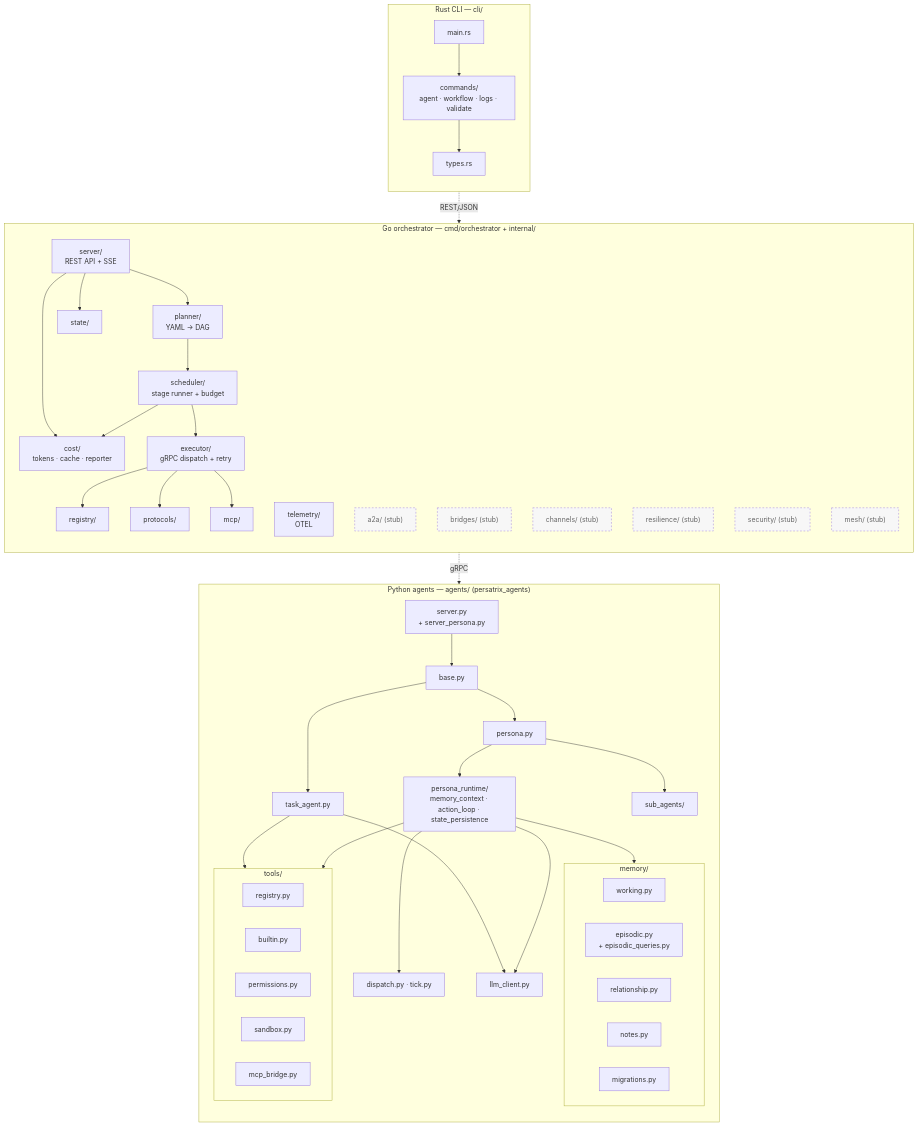
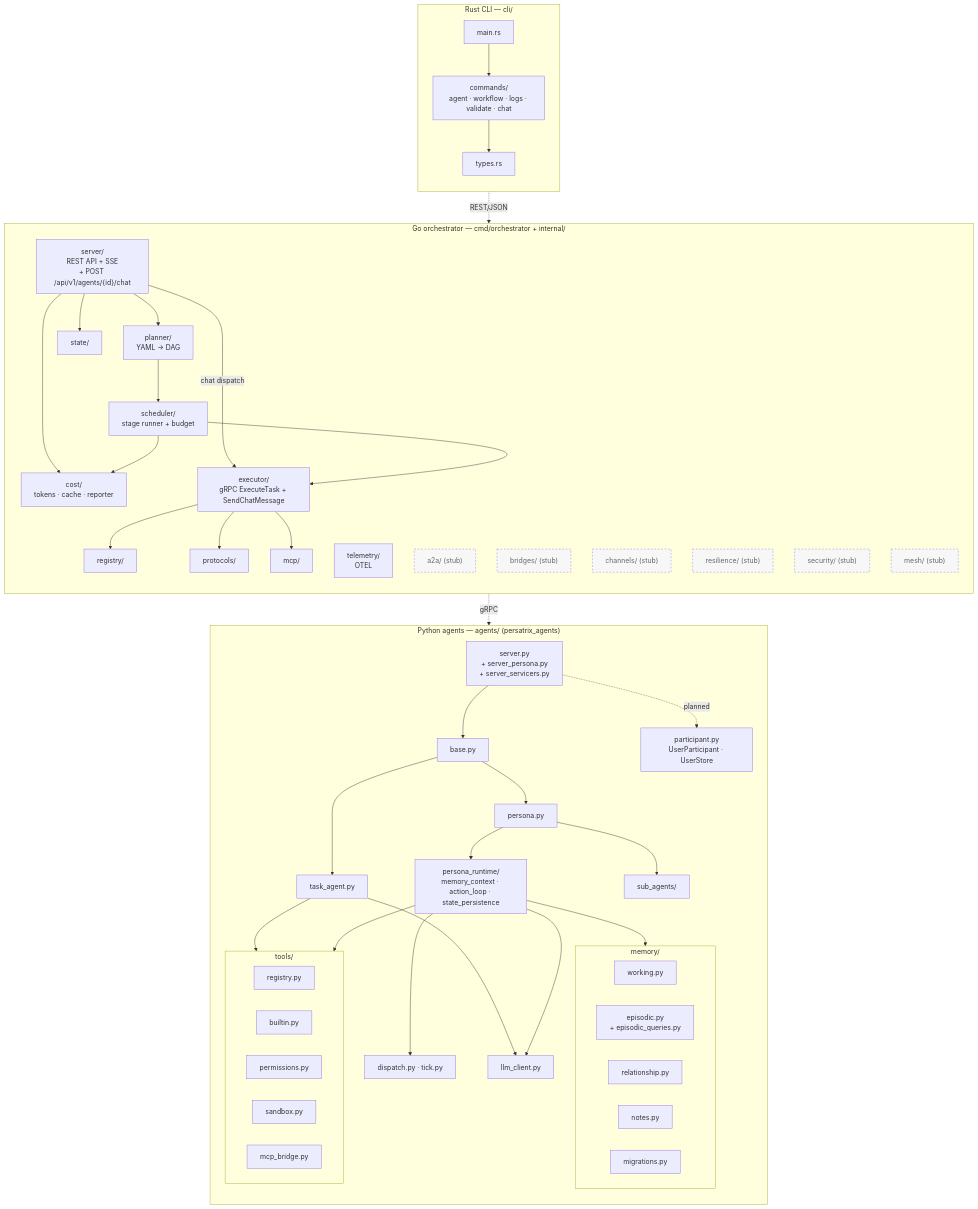
Before and after one commit to mkhomutov/Persatrix: the diagram in docs/diagrams/component-architecture.md, drawn with Mermaid. The commit also changed other lines of this file and 3 other files, not shown here.

First line of the commit message:
docs(diagrams): architecture diagram refresh for v0.2.1 chat surface (#132)

```diff
--- a/docs/diagrams/component-architecture.md
+++ b/docs/diagrams/component-architecture.md
@@ -9,7 +9,7 @@
     subgraph Rust["Rust CLI — cli/"]
         direction TB
         MAIN["main.rs"]
-        CMD["commands/<br/>agent · workflow · logs · validate"]
+        CMD["commands/<br/>agent · workflow · logs · validate · chat"]
         TYPES["types.rs"]
         MAIN --> CMD
         CMD --> TYPES
@@ -17,10 +17,10 @@
 
     subgraph Go["Go orchestrator — cmd/orchestrator + internal/"]
         direction TB
-        SERVER["server/<br/>REST API + SSE"]
+        SERVER["server/<br/>REST API + SSE<br/>+ POST /api/v1/agents/{id}/chat"]
         PLANNER["planner/<br/>YAML → DAG"]
         SCHEDULER["scheduler/<br/>stage runner + budget"]
-        EXECUTOR["executor/<br/>gRPC dispatch + retry"]
+        EXECUTOR["executor/<br/>gRPC ExecuteTask + SendChatMessage"]
         REGISTRY["registry/"]
         STATE["state/"]
         COST["cost/<br/>tokens · cache · reporter"]
@@ -38,6 +38,7 @@
         SERVER --> PLANNER
         SERVER --> STATE
         SERVER --> COST
+        SERVER -->|chat dispatch| EXECUTOR
         PLANNER --> SCHEDULER
         SCHEDULER --> EXECUTOR
         SCHEDULER --> COST
@@ -48,10 +49,11 @@
 
     subgraph Py["Python agents — agents/ (persatrix_agents)"]
         direction TB
-        SRV["server.py<br/>+ server_persona.py"]
+        SRV["server.py<br/>+ server_persona.py<br/>+ server_servicers.py"]
         BASE["base.py"]
         TASK["task_agent.py"]
         PERSONA["persona.py"]
+        PART["participant.py<br/>UserParticipant · UserStore"]
         PRUNTIME["persona_runtime/<br/>memory_context · action_loop · state_persistence"]
         DISPATCH["dispatch.py · tick.py"]
         LLM["llm_client.py"]
@@ -74,6 +76,7 @@
         end
 
         SRV --> BASE
+        SRV -. planned .-> PART
         BASE --> TASK
         BASE --> PERSONA
         PERSONA --> PRUNTIME
```
